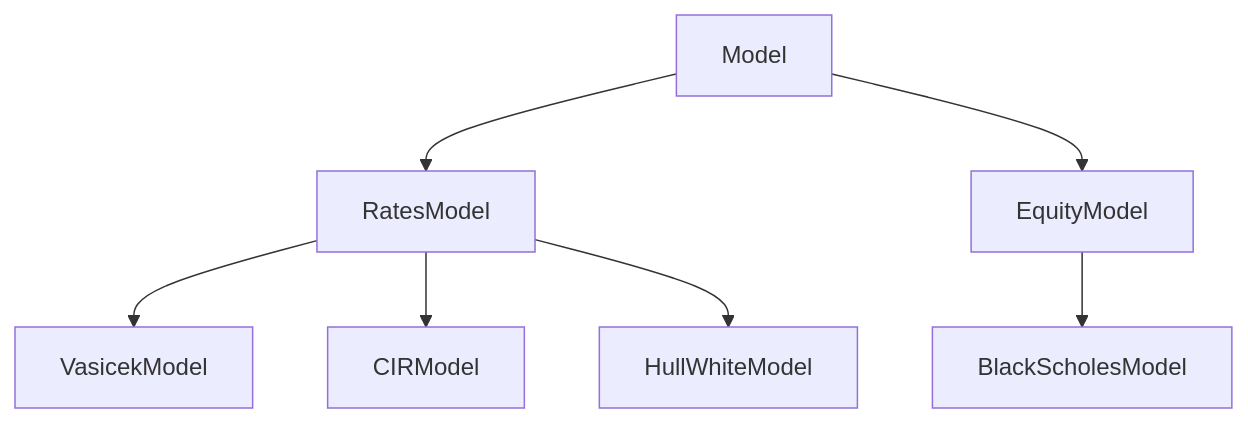
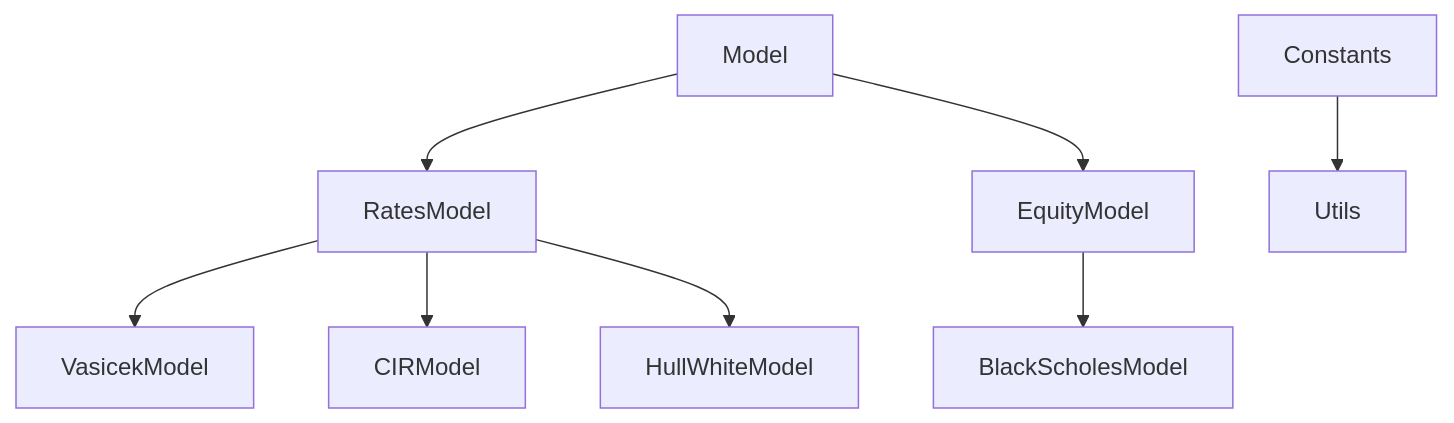
The diagram in README.md (lcsrodriguez/CuttingEdge-Milliman), drawn with Mermaid before and after one commit. The commit also changed 2 other files, not shown here.

Commit message:
Updating tree with Constants & Utils

````diff
--- a/README.md
+++ b/README.md
@@ -21,9 +21,10 @@
 ```mermaid
   graph TD;
       Model --> RatesModel
       Model --> EquityModel
       RatesModel --> VasicekModel
       RatesModel --> CIRModel
       RatesModel --> HullWhiteModel
       EquityModel --> BlackScholesModel
+      Constants --> Utils
 ```
````
